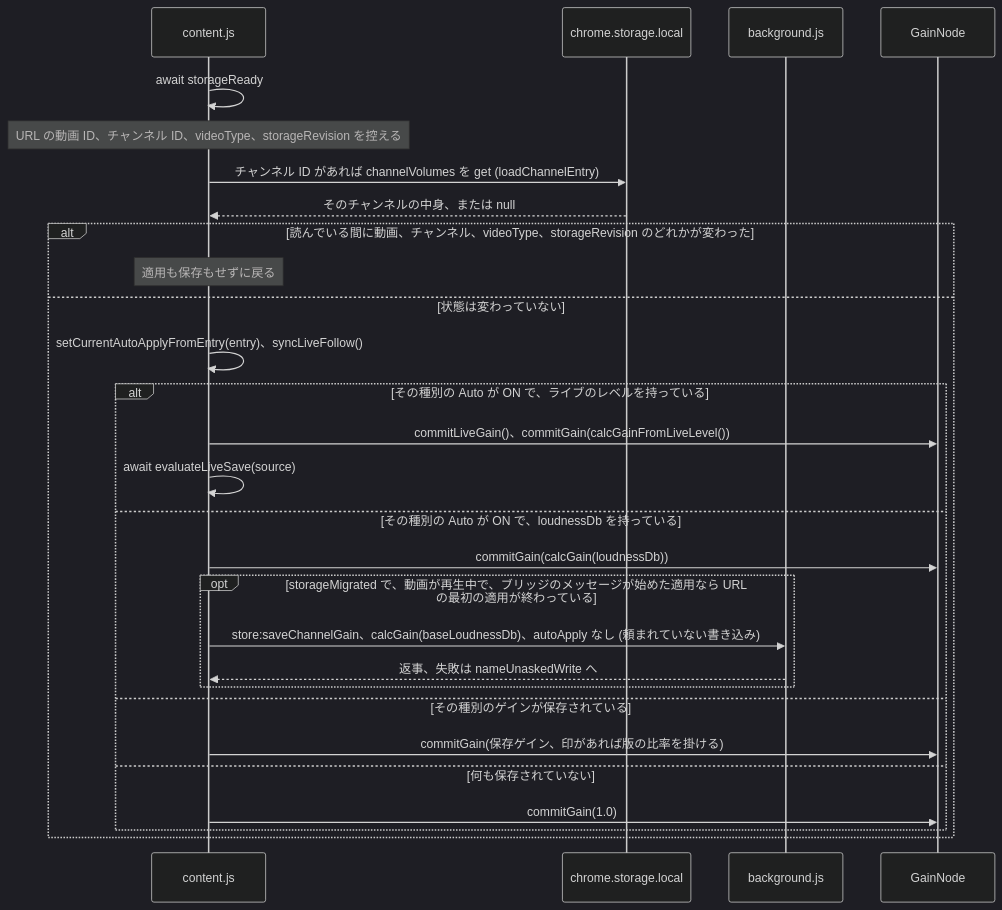
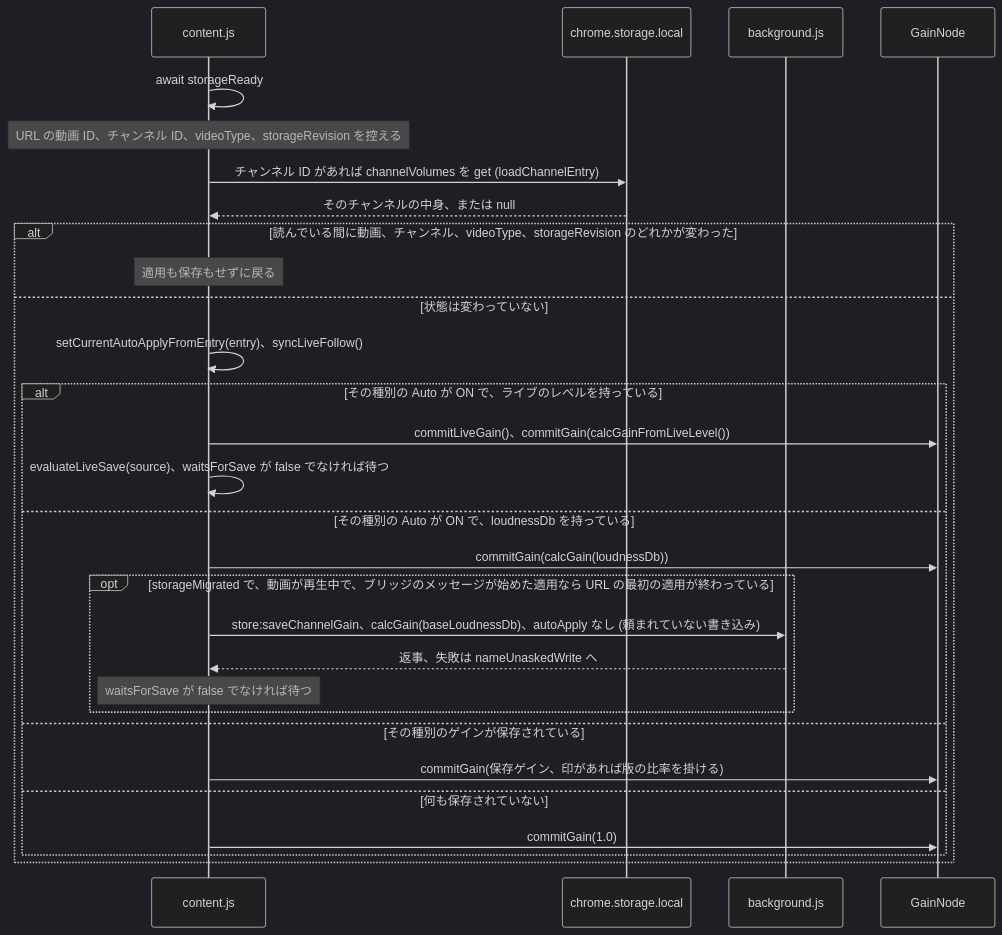
Before and after one commit to semnil/yt-channel-volume: the second of 14 diagrams in docs/gain-change-and-save.ja.md, drawn with Mermaid (dark theme). The commit also changed other lines of this file and 5 other files, not shown here.

Commit message:
fix: let a navigation during Auto's own save or the live save reach the new video, and store Auto's gain when a playing video is unmuted

````diff
--- a/docs/gain-change-and-save.ja.md
+++ b/docs/gain-change-and-save.ja.md
@@ -120,30 +120,31 @@
 ```mermaid
 sequenceDiagram
   participant C as content.js
   participant S as chrome.storage.local
   participant W as background.js
   participant G as GainNode
   C->>C: await storageReady
   Note over C: URL の動画 ID、チャンネル ID、videoType、storageRevision を控える
   C->>S: チャンネル ID があれば channelVolumes を get (loadChannelEntry)
   S-->>C: そのチャンネルの中身、または null
   alt 読んでいる間に動画、チャンネル、videoType、storageRevision のどれかが変わった
     Note over C: 適用も保存もせずに戻る
   else 状態は変わっていない
     C->>C: setCurrentAutoApplyFromEntry(entry)、syncLiveFollow()
     alt その種別の Auto が ON で、ライブのレベルを持っている
       C->>G: commitLiveGain()、commitGain(calcGainFromLiveLevel())
-      C->>C: await evaluateLiveSave(source)
+      C->>C: evaluateLiveSave(source)、waitsForSave が false でなければ待つ
     else その種別の Auto が ON で、loudnessDb を持っている
       C->>G: commitGain(calcGain(loudnessDb))
       opt storageMigrated で、動画が再生中で、ブリッジのメッセージが始めた適用なら URL の最初の適用が終わっている
         C->>W: store:saveChannelGain、calcGain(baseLoudnessDb)、autoApply なし (頼まれていない書き込み)
         W-->>C: 返事、失敗は nameUnaskedWrite へ
+        Note over C: waitsForSave が false でなければ待つ
       end
     else その種別のゲインが保存されている
       C->>G: commitGain(保存ゲイン、印があれば版の比率を掛ける)
     else 何も保存されていない
       C->>G: commitGain(1.0)
     end
   end
 ```
````
